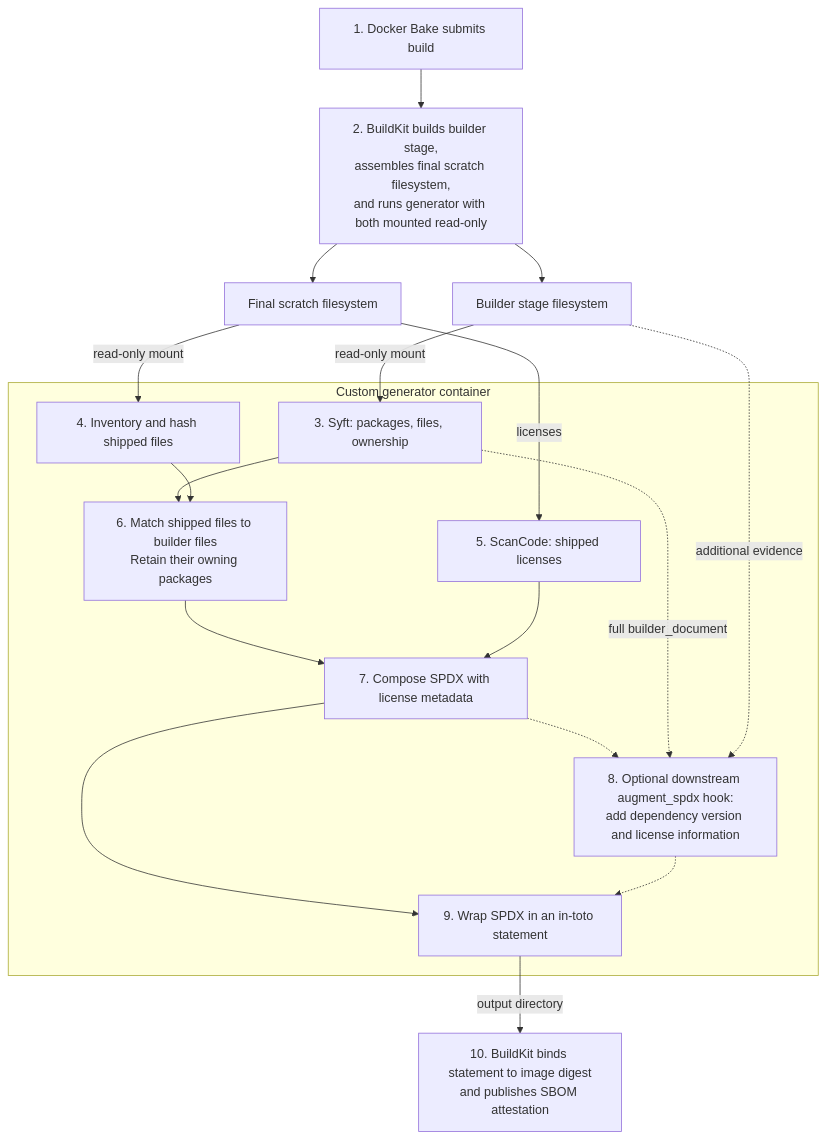
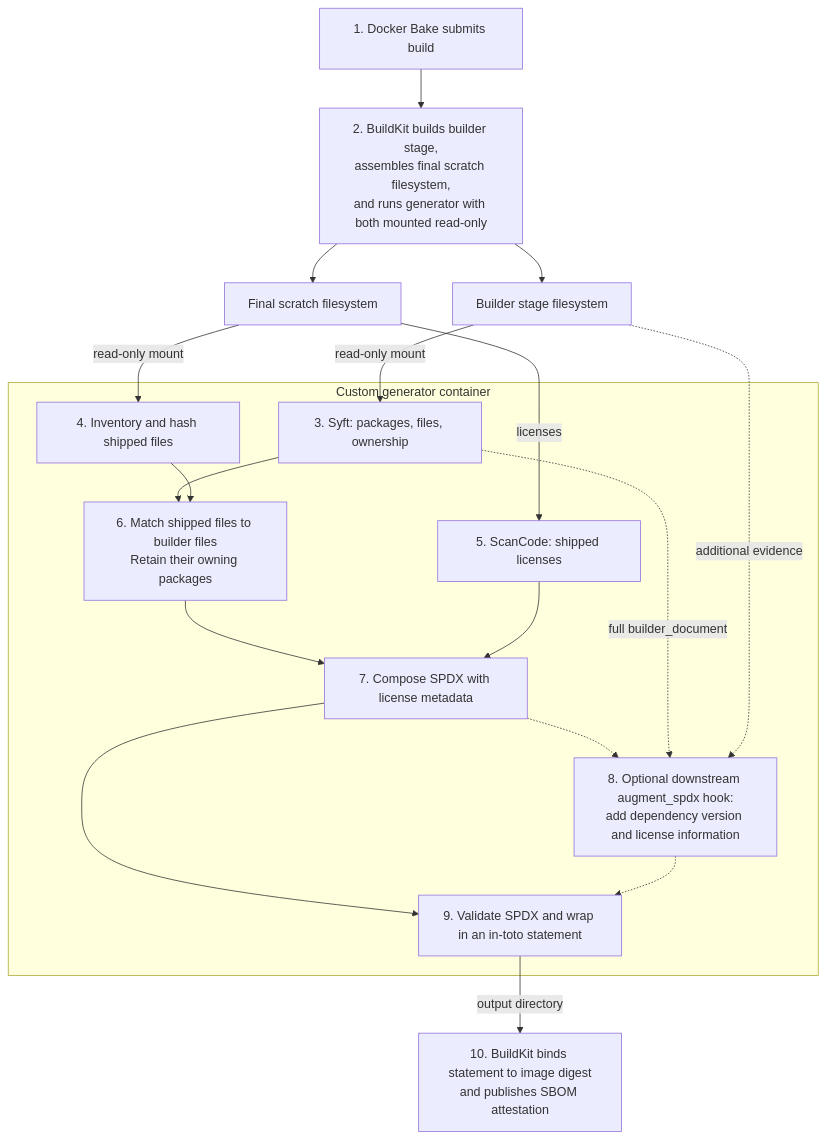
Before and after one commit to ardentperf-labs/postgres-extensions-containers: the diagram in sbom-generator/README.md, drawn with Mermaid. The commit also changed other lines of this file and 11 other files, not shown here.

Commit message:
Validate final SPDX output and include required file checksums

````diff
--- a/sbom-generator/README.md
+++ b/sbom-generator/README.md
@@ -8,30 +8,30 @@
 ```mermaid
 flowchart TD
     A[1. Docker Bake submits build] --> B[2. BuildKit builds builder stage,<br/>assembles final scratch filesystem,<br/>and runs generator with both mounted read-only]
     B --> C[Builder stage filesystem]
     B --> D[Final scratch filesystem]
 
     subgraph G[Custom generator container]
         E[3. Syft: packages, files, ownership]
         F[4. Inventory and hash shipped files]
         H[6. Match shipped files to builder files<br/>Retain their owning packages]
         I[5. ScanCode: shipped licenses]
         P[7. Compose SPDX with license metadata]
         X[8. Optional downstream augment_spdx hook:<br/>add dependency version and license information]
-        J[9. Wrap SPDX in an in-toto statement]
+        J[9. Validate SPDX and wrap in an in-toto statement]
         E --> H
         F --> H
         H --> P
         I --> P
         P --> J
         P -.-> X
         E -. full builder_document .-> X
         X -.-> J
     end
 
     C -->|read-only mount| E
     D -->|read-only mount| F
     D -->|licenses| I
     C -. additional evidence .-> X
     J -->|output directory| K[10. BuildKit binds statement to image digest<br/>and publishes SBOM attestation]
 ```
````
